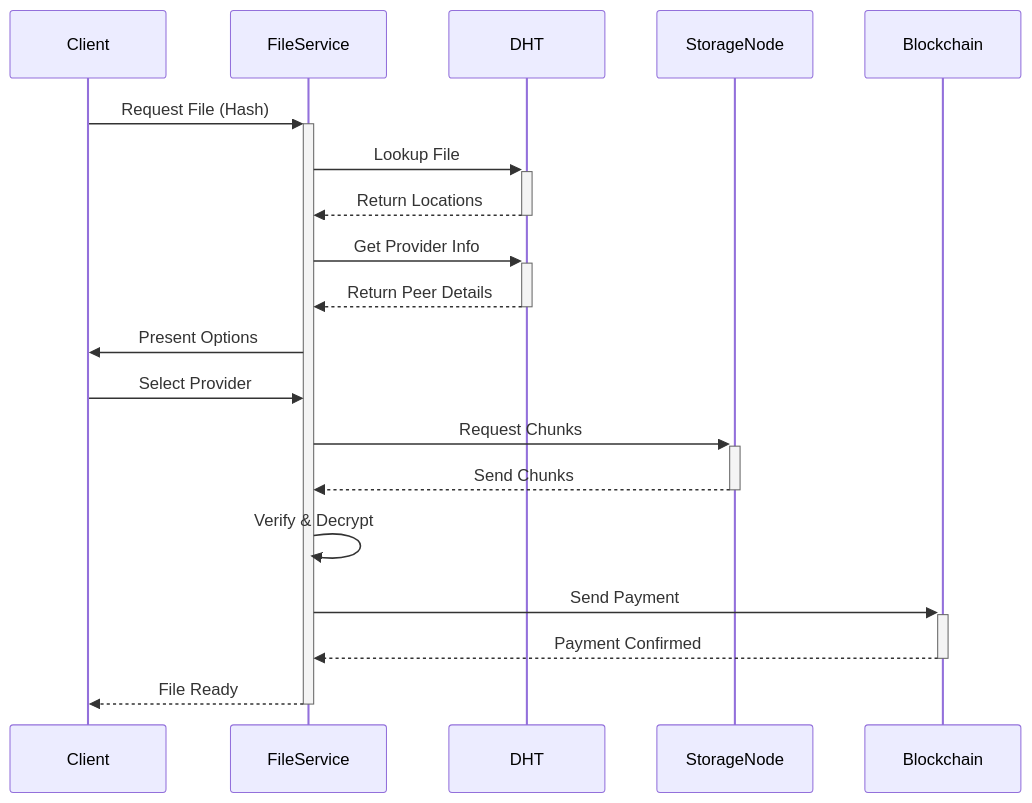
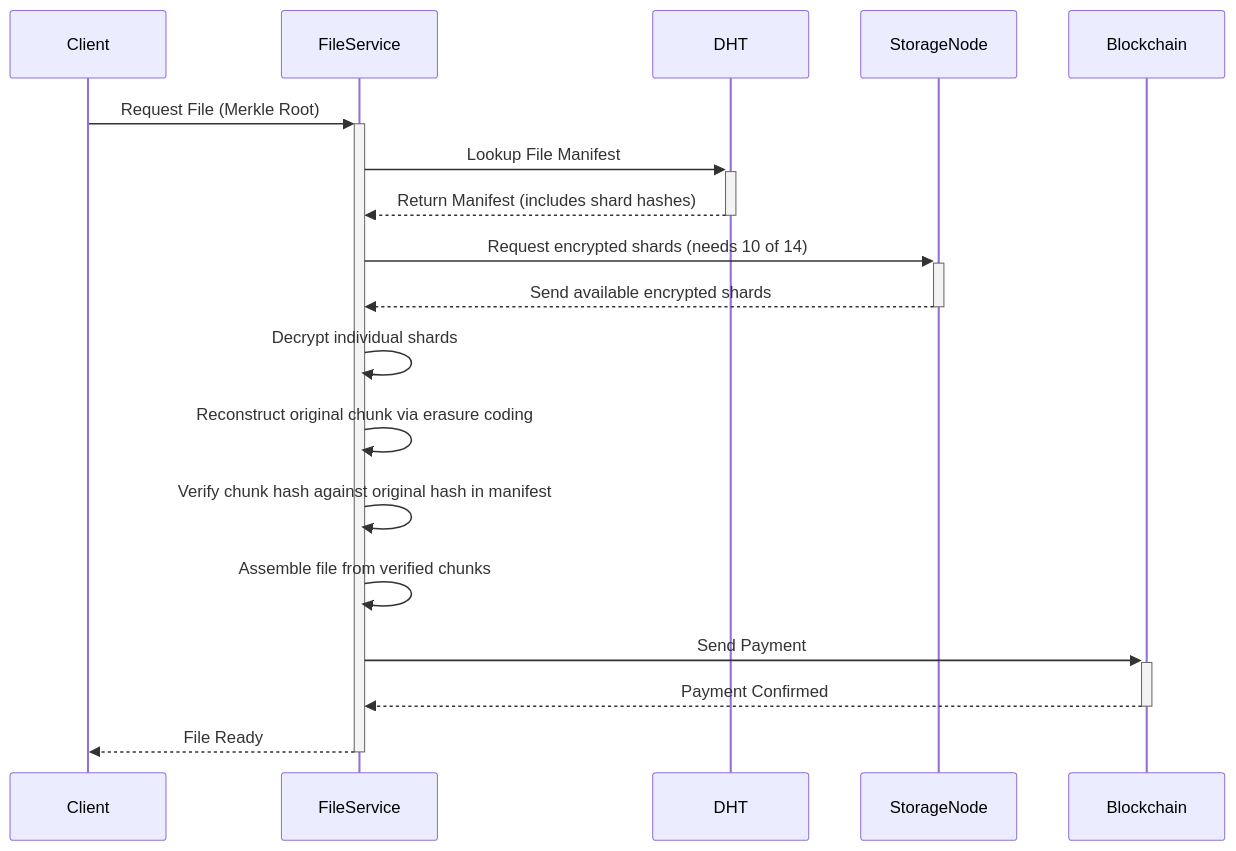
The second of 2 diagrams in docs/02-architecture.md (walrus-chanul-dandeniya/chiral-network), drawn with Mermaid before and after one commit. The commit also changed other lines of this file and 3 other files, not shown here.

Commit message:
fix(docs): update architecture,overview,implementation,and security docs to include info on erasure coding

````diff
--- a/docs/02-architecture.md
+++ b/docs/02-architecture.md
@@ -283,16 +289,21 @@
 ```mermaid
 sequenceDiagram
-    Client->>+FileService: Request File (Hash)
-    FileService->>+DHT: Lookup File
-    DHT-->>-FileService: Return Locations
-    FileService->>+DHT: Get Provider Info
-    DHT-->>-FileService: Return Peer Details
-    FileService->>Client: Present Options
-    Client->>FileService: Select Provider
-    FileService->>+StorageNode: Request Chunks
-    StorageNode-->>-FileService: Send Chunks
-    FileService->>FileService: Verify & Decrypt
+    participant Client
+    participant FileService
+    participant DHT
+    participant StorageNode
+    participant Blockchain
+
+    Client->>+FileService: Request File (Merkle Root)
+    FileService->>+DHT: Lookup File Manifest
+    DHT-->>-FileService: Return Manifest (includes shard hashes)
+    FileService->>+StorageNode: Request encrypted shards (needs 10 of 14)
+    StorageNode-->>-FileService: Send available encrypted shards
+    FileService->>FileService: Decrypt individual shards
+    FileService->>FileService: Reconstruct original chunk via erasure coding
+    FileService->>FileService: Verify chunk hash against original hash in manifest
+    FileService->>FileService: Assemble file from verified chunks
     FileService->>+Blockchain: Send Payment
     Blockchain-->>-FileService: Payment Confirmed
     FileService-->>-Client: File Ready
 ```
````
